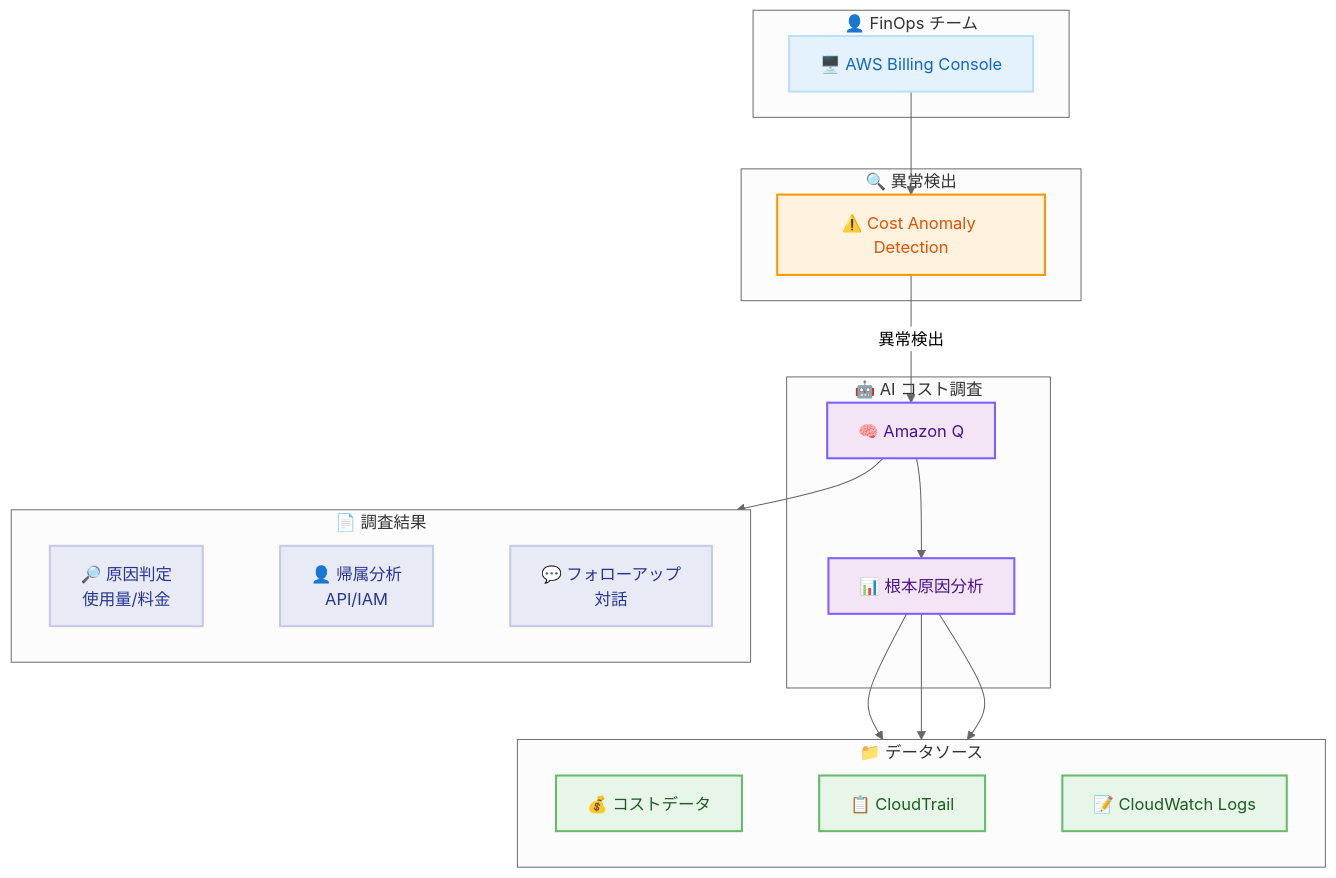
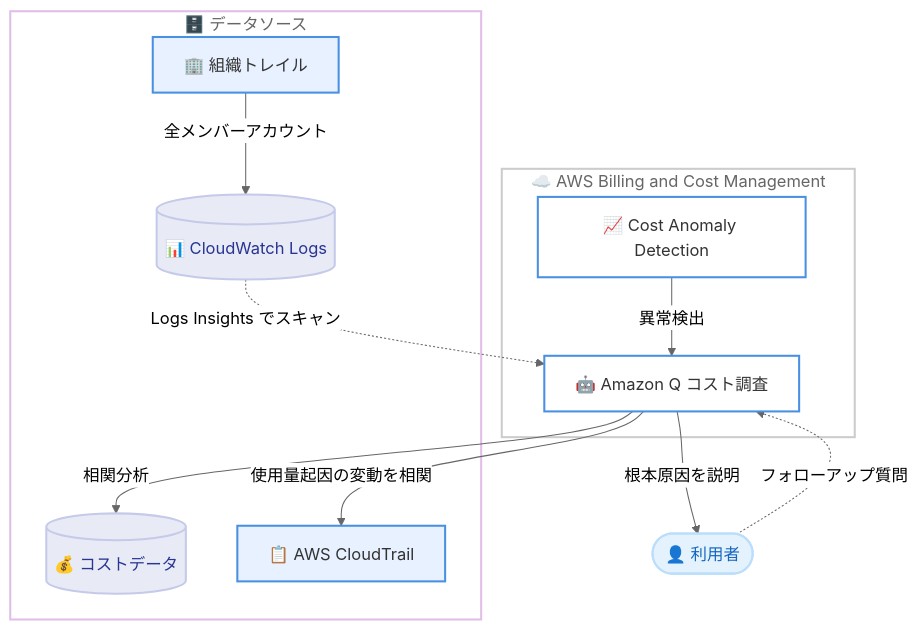
One commit to takech9203/aws-news-summary changed the diagram in reports/2026/2026-06-08-aws-ai-powered-cost-investigations.md. Above: the diagram before and after it, drawn with Mermaid (neutral theme). The commit also changed other lines of this file and 28 other files, not shown here.

````diff
--- a/reports/2026/2026-06-08-aws-ai-powered-cost-investigations.md
+++ b/reports/2026/2026-06-08-aws-ai-powered-cost-investigations.md
@@ -31,51 +33,37 @@
 ```mermaid
 flowchart TD
-    subgraph User["👤 FinOps チーム"]
-        Console["🖥️ AWS Billing Console"]
+    subgraph Billing["☁️ AWS Billing and Cost Management"]
+        CAD["📈 Cost Anomaly Detection"]
+        Q["🤖 Amazon Q コスト調査"]
+    end
+    subgraph Data["🗄️ データソース"]
+        Cost[("💰 コストデータ")]
+        CT["📋 AWS CloudTrail"]
+        OrgTrail["🏢 組織トレイル"]
+        CWL[("📊 CloudWatch Logs")]
     end
 
-    subgraph Detection["🔍 異常検出"]
-        CAD["⚠️ Cost Anomaly Detection"]
-    end
+    CAD -->|異常検出| Q
+    Q -->|相関分析| Cost
+    Q -->|使用量起因の変動を相関| CT
+    OrgTrail -->|全メンバーアカウント| CWL
+    CWL -.->|Logs Insights でスキャン| Q
+    Q -->|根本原因を説明| User(["👤 利用者"])
+    User -.->|フォローアップ質問| Q
 
-    subgraph Investigation["🤖 AI コスト調査"]
-        AQ["🧠 Amazon Q"]
-        Analysis["📊 根本原因分析"]
-    end
+    classDef cloud fill:none,stroke:#CCCCCC,stroke-width:2px,color:#666666
+    classDef layer fill:none,stroke:#E1BEE7,stroke-width:2px,color:#666666
+    classDef process fill:#FFFFFF,stroke:#4A90E2,stroke-width:2px,color:#333333
+    classDef internal fill:#E8F1FF,stroke:#4A90E2,stroke-width:2px,color:#333333
+    classDef storage fill:#DCEDC8,stroke:#C5E1A5,stroke-width:2px,color:#33691E
+    classDef database fill:#E8EAF6,stroke:#C5CAE9,stroke-width:2px,color:#283593
+    classDef user fill:#E3F2FD,stroke:#BBDEFB,stroke-width:2px,color:#1565C0
 
-    subgraph DataSources["📁 データソース"]
-        direction LR
-        CostData["💰 コストデータ"]
-        CT["📋 CloudTrail"]
-        CW["📝 CloudWatch Logs"]
-        CostData ~~~ CT ~~~ CW
-    end
-
-    subgraph Output["📄 調査結果"]
-        direction LR
-        Cause["🔎 原因判定<br/>使用量/料金"]
-        Attribution["👤 帰属分析<br/>API/IAM"]
-        Followup["💬 フォローアップ<br/>対話"]
-        Cause ~~~ Attribution ~~~ Followup
-    end
-
-    Console --> CAD
-    CAD -->|異常検出| AQ
-    AQ --> Analysis
-    Analysis --> CostData
-    Analysis --> CT
-    Analysis --> CW
-    AQ --> Output
-
-    classDef user fill:#E3F2FD,stroke:#BBDEFB,stroke-width:2px,color:#1565C0
-    classDef detect fill:#FFF3E0,stroke:#FF9800,stroke-width:2px,color:#E65100
-    classDef ai fill:#F3E5F5,stroke:#7B61FF,stroke-width:2px,color:#4A148C
-    classDef data fill:#E8F5E9,stroke:#66BB6A,stroke-width:2px,color:#1B5E20
-    classDef output fill:#E8EAF6,stroke:#C5CAE9,stroke-width:2px,color:#283593
-
-    class Console user
-    class CAD detect
-    class AQ,Analysis ai
-    class CostData,CT,CW data
-    class Cause,Attribution,Followup output
+    class Billing cloud
+    class Data layer
+    class CAD,Q process
+    class CT internal
+    class OrgTrail internal
+    class Cost,CWL database
+    class User user
 ```
````
